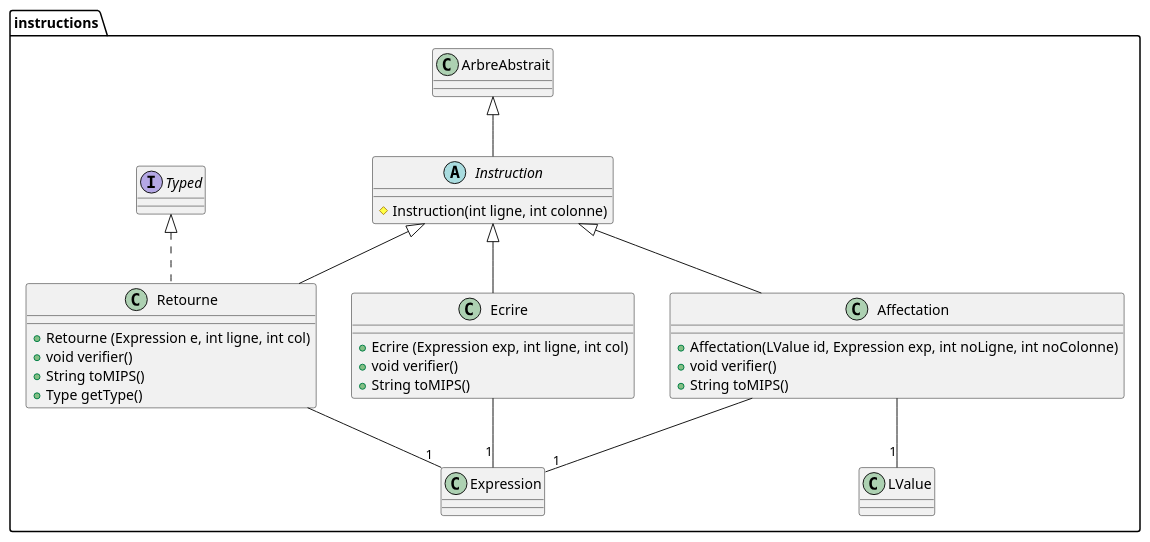
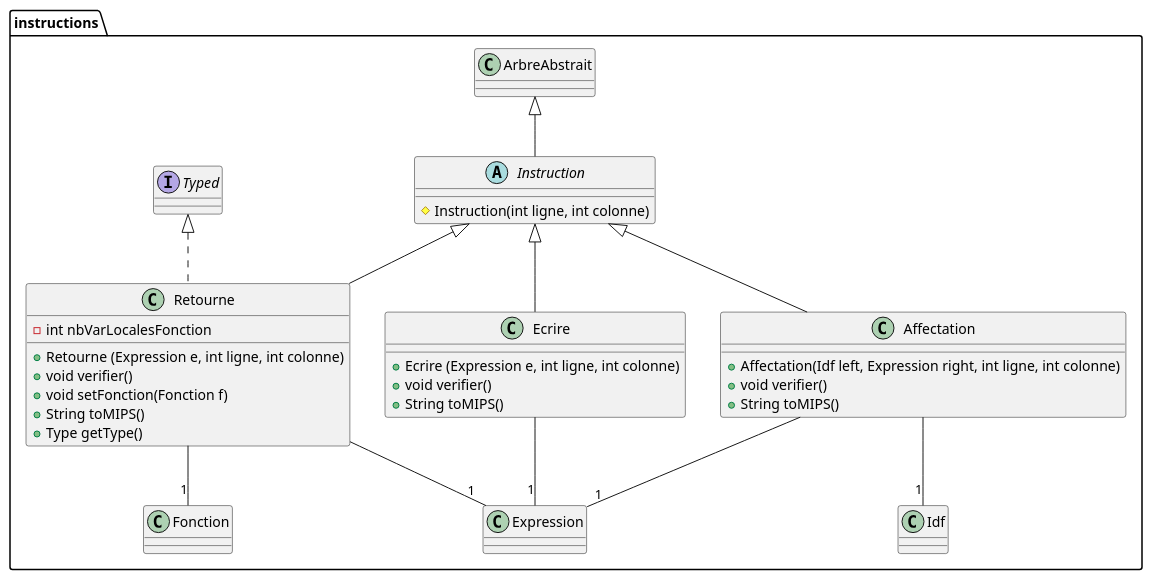
Before and after one commit to wehddn/L3-Compilation-Projet: the diagram in src/Diagrammes/arbre.instructions.puml, drawn with PlantUML. The commit also changed 24 other files, not shown here.

Commit message:
Mise a jour selon le diagramme

```diff
--- a/src/Diagrammes/arbre.instructions.puml
+++ b/src/Diagrammes/arbre.instructions.puml
@@ -1,32 +1,36 @@
 @startuml
 package instructions {
 
 	class Affectation extends Instruction {
-		+ Affectation(LValue id, Expression exp, int noLigne, int noColonne)
+		+ Affectation(Idf left, Expression right, int ligne, int colonne)
 		+ void verifier()
 		+ String toMIPS()
 	}
 
-	Affectation --"1" LValue
+	Affectation --"1" Idf
 	Affectation --"1" Expression
 
 	class Ecrire extends Instruction{
-		+ Ecrire (Expression exp, int ligne, int col)
+		+ Ecrire (Expression e, int ligne, int colonne)
 		+ void verifier()
 		+ String toMIPS()
 	}
 	Ecrire --"1" Expression
 
 	abstract class Instruction extends ArbreAbstrait{
 		# Instruction(int ligne, int colonne)
 	}
 
 	class Retourne extends Instruction implements Typed{
-		+ Retourne (Expression e, int ligne, int col)
+		- int nbVarLocalesFonction
+		+ Retourne (Expression e, int ligne, int colonne)
 		+ void verifier()
+		+ void setFonction(Fonction f)
 		+ String toMIPS()
 		+ Type getType()
 	}
 	Retourne --"1" Expression
+	Retourne --"1" Fonction
+
 }
 @enduml
```
